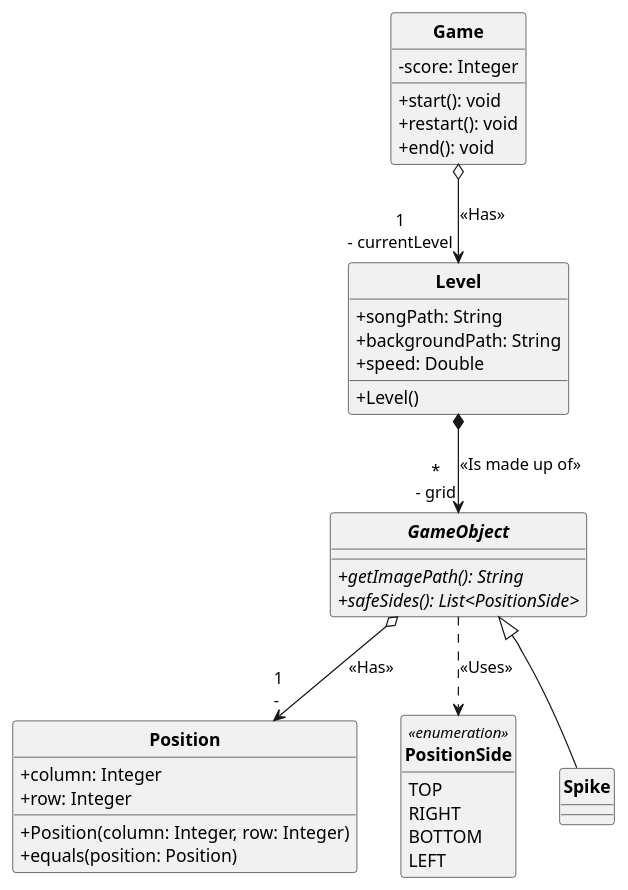
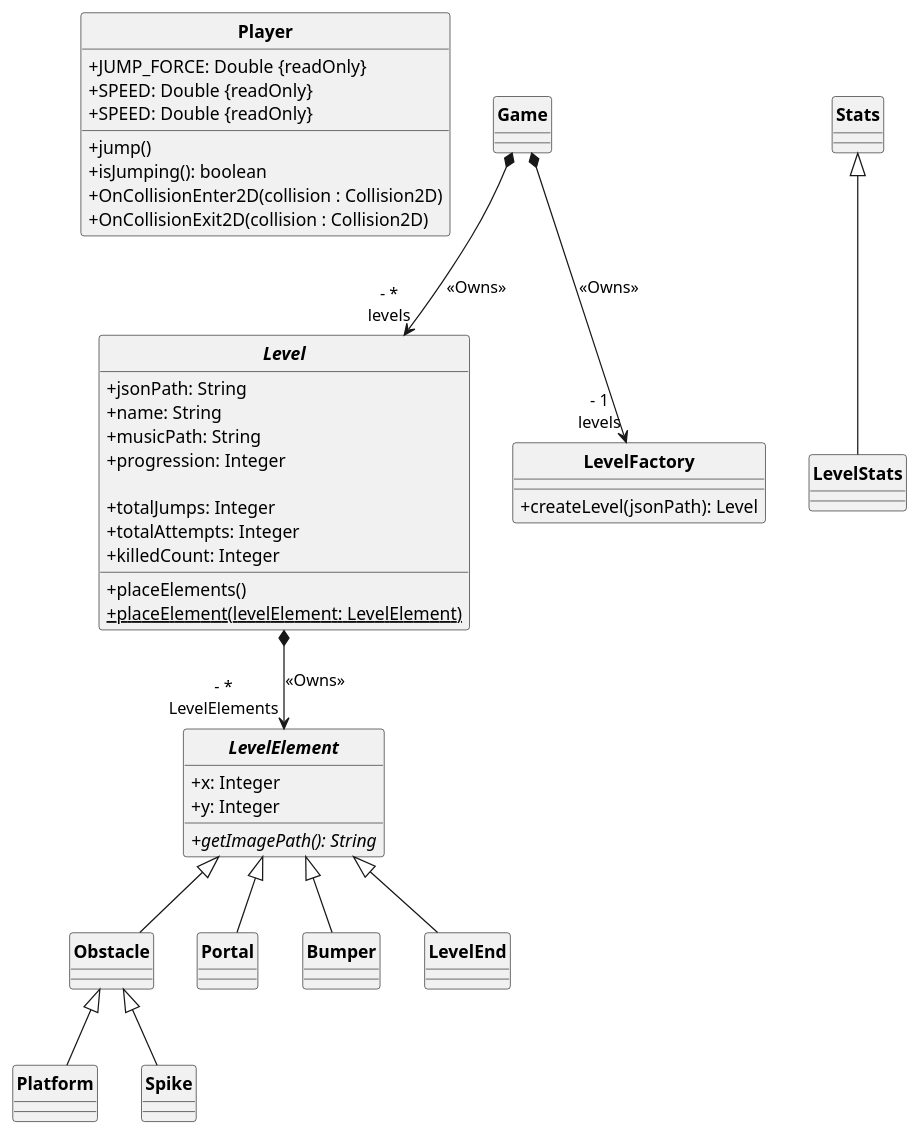
One commit to boudji-ludwig-pett/cnam-geometry-dash changed the diagram in Documentation/UML/class-diagram.puml. Above: the diagram before and after it, drawn with PlantUML.

Commit message:
docs(uml): class diagram

```diff
--- a/Documentation/UML/class-diagram.puml
+++ b/Documentation/UML/class-diagram.puml
@@ -1,50 +1,93 @@
 @startuml Geometry Dash - Diagramme de classe
 
 skinparam style strictuml
 skinparam classAttributeIconSize 0
 skinparam classFontStyle Bold
 hide enum methods
 
-class Position {
-  {field} + column: Integer
-  {field} + row: Integer
+class Player {
+  {field} + JUMP_FORCE: Double {readOnly}
+  {field} + SPEED: Double {readOnly}
+  {field} + SPEED: Double {readOnly}
 
-  {method} + Position(column: Integer, row: Integer)
-  {method} + equals(position: Position)
+  {method} + jump()
+  {method} + isJumping(): boolean
+  {method} + OnCollisionEnter2D(collision : Collision2D)
+  {method} + OnCollisionExit2D(collision : Collision2D)
 }
 
-class Level {
-  {field} + songPath: String
-  {field} + backgroundPath: String
-  {field} + speed: Double
+abstract class LevelElement {
+  {field} + x: Integer
+  {field} + y: Integer
+  {method} + getImagePath(): String {abstract}
+}
 
-  {method} + Level()
+class Obstacle extends LevelElement {
+
 }
-Level *--> "*\n- grid" GameObject : <<Is made up of>>
 
-abstract class GameObject {
-  {method} + getImagePath(): String {abstract}
-  {method} + safeSides(): List<PositionSide> {abstract}
+class Platform extends Obstacle {
+
 }
-GameObject o--> "1\n- " Position : <<Has>>
-GameObject ..> PositionSide : <<Uses>>
 
-class Spike extends GameObject {}
+class Spike extends Obstacle {
+
+}
+
+class Portal extends LevelElement {
+
+}
+
+class Bumper extends LevelElement {
+
+}
+
+class LevelEnd extends LevelElement {
+
+}
+
+abstract class Level {
+  {field} + jsonPath: String
+  {field} + name: String
+  {field} + musicPath: String
+  {field} + progression: Integer
+
+  {field} + totalJumps: Integer
+  {field} + totalAttempts: Integer
+  {field} + killedCount: Integer
+
+  {method} + placeElements()
+  {method} + placeElement(levelElement: LevelElement) {static}
+}
+
+class LevelStats extends Stats {
+
+}
+
+class LevelFactory {
+  {method} + createLevel(jsonPath): Level
+}
 
 class Game {
-  {field} - score: Integer
-
-  {method} + start(): void
-  {method} + restart(): void
-  {method} + end(): void
-}
-Game o--> "1\n- currentLevel" Level : <<Has>>
-
-enum PositionSide <<enumeration>> {
-  TOP
-  RIGHT
-  BOTTOM
-  LEFT
 }
 
+Level *--> "- *\nLevelElements" LevelElement : <<Owns>>
+Game *--> "- *\nlevels" Level : <<Owns>>
+Game *--> "- 1\nlevels" LevelFactory : <<Owns>>
+
+' {
+    ' "name": "Back on Track",
+    ' "music"
+    ' "elements": [
+    '   {
+    '     "type": "Spike",
+    '     "position": {
+    '       "x": 0,
+    '       "y": 0
+    '     },
+    '   }
+    ' ]
+' }
+
+
 @enduml
```
